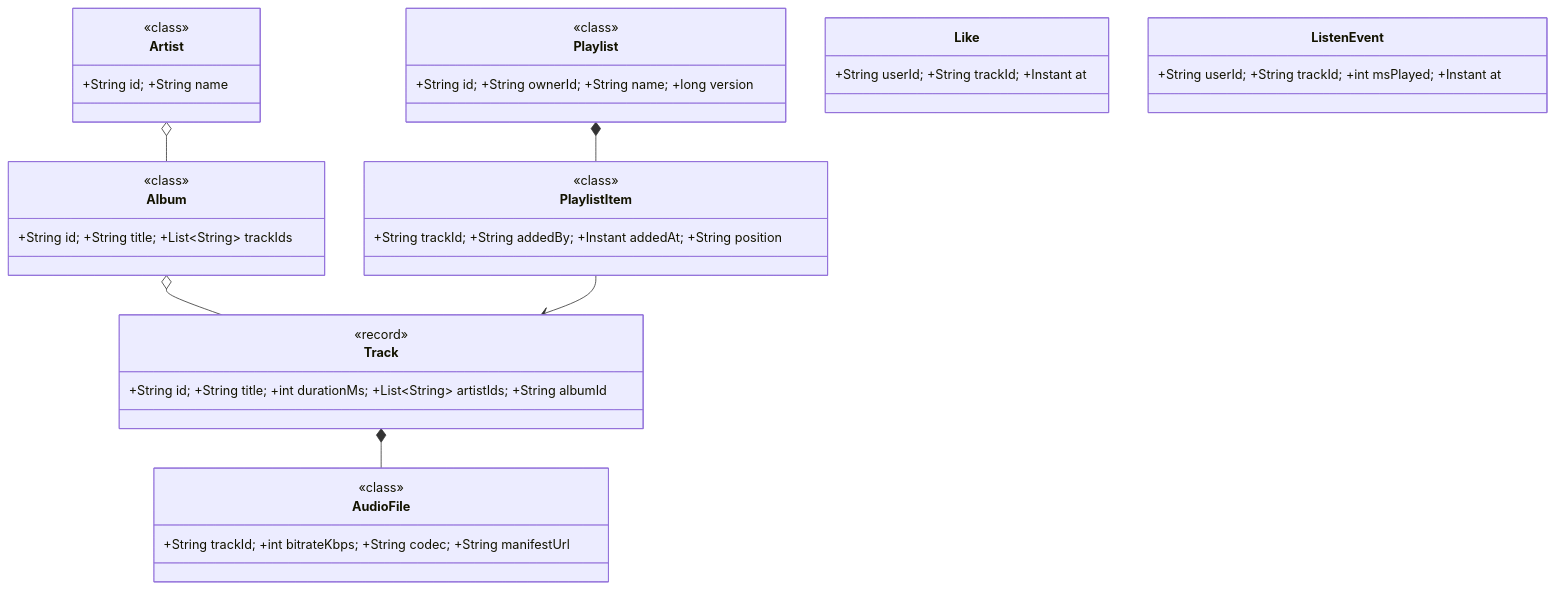
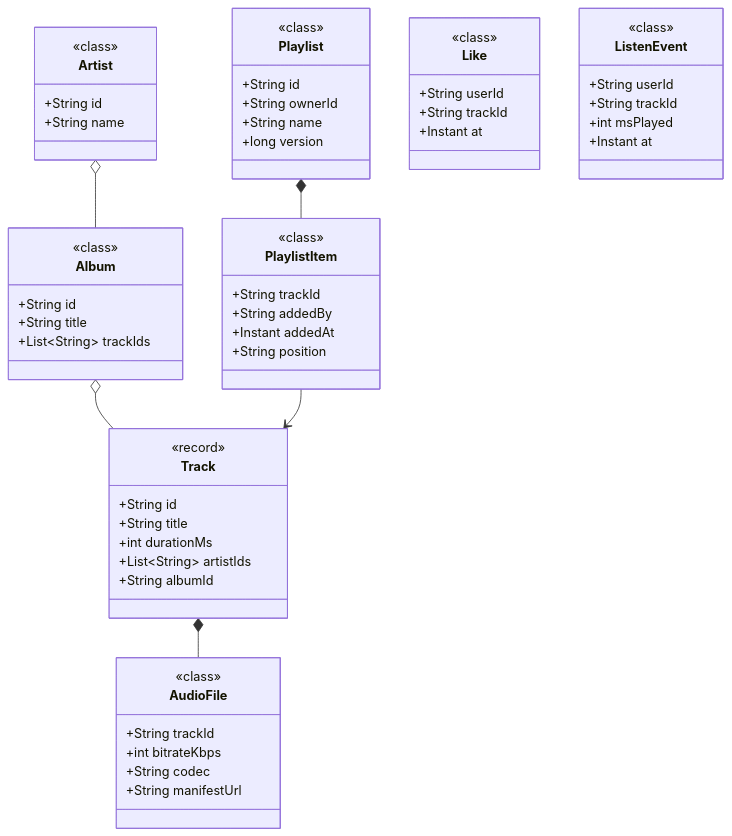
Before and after one commit to amarkum/amarkumar.guru: the first of 2 diagrams in system-design/lld/13-music-streaming.md, drawn with Mermaid. The commit also changed other lines of this file and 27 other files, not shown here.

````diff
--- a/system-design/lld/13-music-streaming.md
+++ b/system-design/lld/13-music-streaming.md
@@ -41,34 +41,73 @@
 ```mermaid
 classDiagram
-    class Track { +String id; +String title; +int durationMs; +List~String~ artistIds; +String albumId }
-    class AudioFile { +String trackId; +int bitrateKbps; +String codec; +String manifestUrl }
-    class Album { +String id; +String title; +List~String~ trackIds }
-    class Artist { +String id; +String name }
-    class Playlist { +String id; +String ownerId; +String name; +long version }
-    class PlaylistItem { +String trackId; +String addedBy; +Instant addedAt; +String position }
-    class Like { +String userId; +String trackId; +Instant at }
-    class ListenEvent { +String userId; +String trackId; +int msPlayed; +Instant at }
+    class Track {
+      +String id
+      +String title
+      +int durationMs
+      +List~String~ artistIds
+      +String albumId
+    }
+    class AudioFile {
+      +String trackId
+      +int bitrateKbps
+      +String codec
+      +String manifestUrl
+    }
+    class Album {
+      +String id
+      +String title
+      +List~String~ trackIds
+    }
+    class Artist {
+      +String id
+      +String name
+    }
+    class Playlist {
+      +String id
+      +String ownerId
+      +String name
+      +long version
+    }
+    class PlaylistItem {
+      +String trackId
+      +String addedBy
+      +Instant addedAt
+      +String position
+    }
+    class Like {
+      <<class>>
+      +String userId
+      +String trackId
+      +Instant at
+    }
+    class ListenEvent {
+      <<class>>
+      +String userId
+      +String trackId
+      +int msPlayed
+      +Instant at
+    }
     Track *-- AudioFile
     Album o-- Track
     Artist o-- Album
     Playlist *-- PlaylistItem
     PlaylistItem --> Track
     class Artist {
       <<class>>
     }
     class Album {
       <<class>>
     }
     class Playlist {
       <<class>>
     }
     class PlaylistItem {
       <<class>>
     }
     class Track {
       <<record>>
     }
     class AudioFile {
       <<class>>
     }
 ```
````
